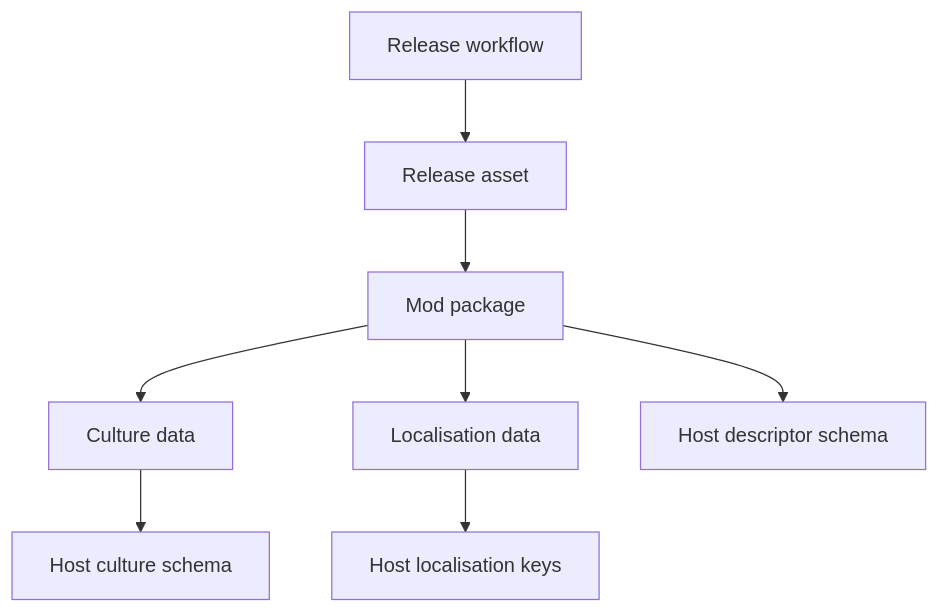
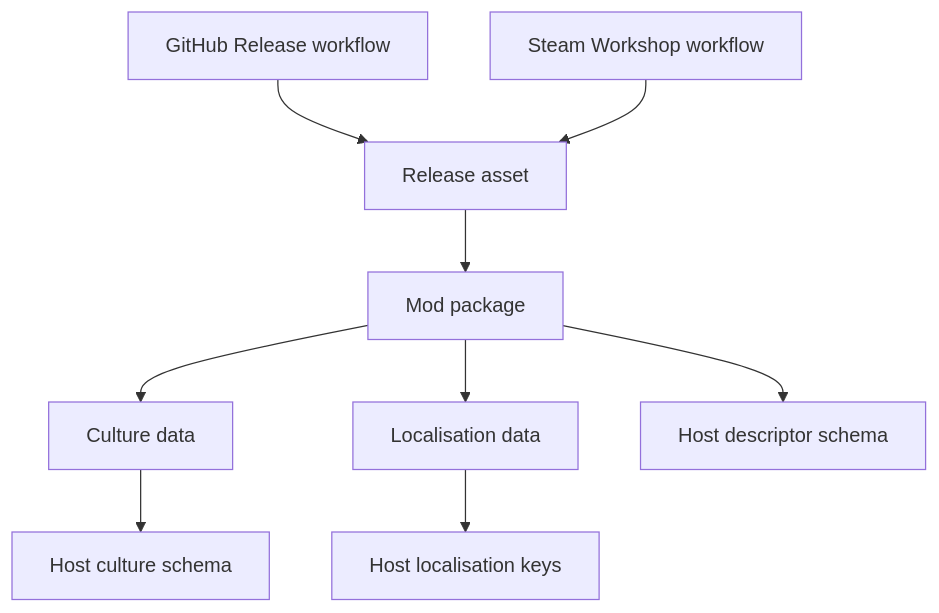
One commit to hmlendea/imperator-dracones-invictus changed the diagram in docs/dependencies.md. Above: the diagram before and after it, drawn with Mermaid. The commit also changed other lines of this file and 23 other files, not shown here.

Commit message:
ci: Created the GitHub Release workflow

````diff
--- a/docs/dependencies.md
+++ b/docs/dependencies.md
@@ -32,10 +33,11 @@
 ```mermaid
 flowchart TD
-    Workflow[Release workflow] --> Archive[Release asset]
+    Build[GitHub Release workflow] --> Archive[Release asset]
+    Workflow[Steam Workshop workflow] --> Archive
     Archive --> Package[Mod package]
     Package --> Culture[Culture data]
     Package --> Loc[Localisation data]
     Culture --> Host[Host culture schema]
     Loc --> HostKeys[Host localisation keys]
     Package --> Descriptors[Host descriptor schema]
 ```
````
